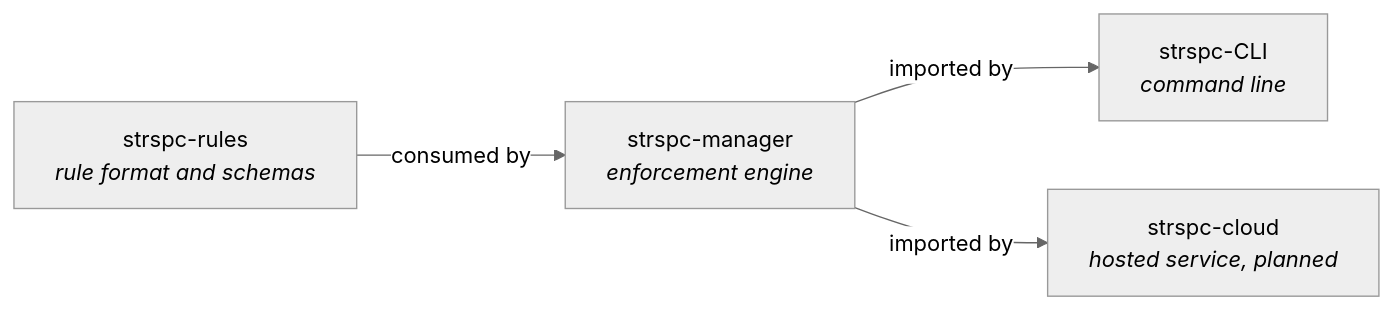
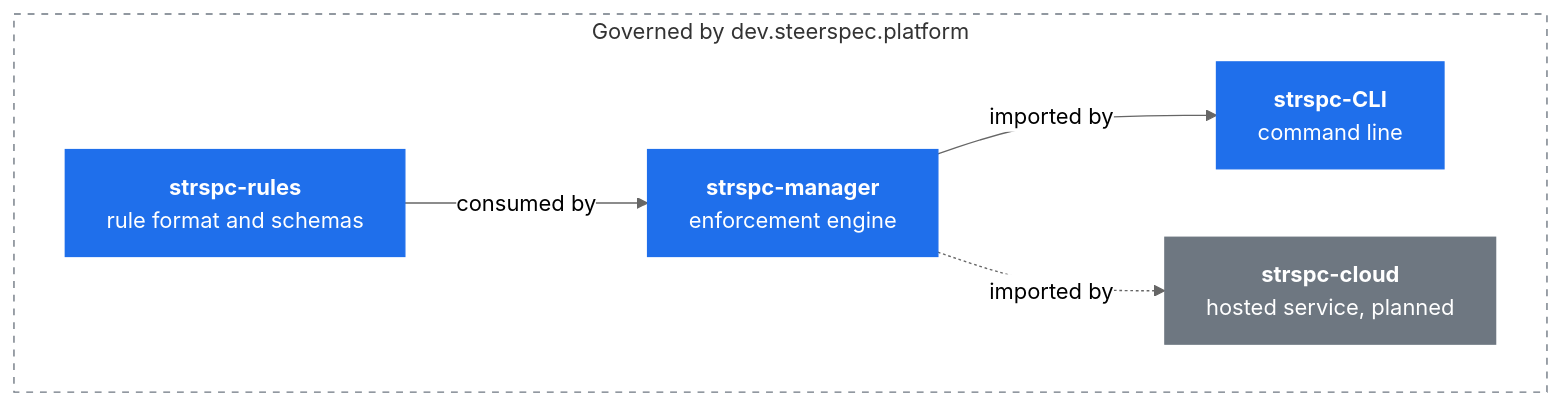
The first of 2 diagrams in README.md (SteerSpec/strspc-spec), drawn with Mermaid (neutral theme) before and after one commit. The commit also changed other lines of this file, not shown here.

First line of the commit message:
docs: give the README a centered header and styled diagrams

````diff
--- a/README.md
+++ b/README.md
@@ -15,11 +22,20 @@
 ```mermaid
 flowchart LR
-    R["strspc-rules<br/><i>rule format and schemas</i>"]
-    M["strspc-manager<br/><i>enforcement engine</i>"]
-    C["strspc-CLI<br/><i>command line</i>"]
-    K["strspc-cloud<br/><i>hosted service, planned</i>"]
+    subgraph platform["Governed by dev.steerspec.platform"]
+        direction LR
+        R["<b>strspc-rules</b><br/>rule format and schemas"]
+        M["<b>strspc-manager</b><br/>enforcement engine"]
+        C["<b>strspc-CLI</b><br/>command line"]
+        K["<b>strspc-cloud</b><br/>hosted service, planned"]
 
-    R -->|consumed by| M
-    M -->|imported by| C
-    M -->|imported by| K
+        R -->|consumed by| M
+        M -->|imported by| C
+        M -.->|imported by| K
+    end
+
+    classDef shipped fill:#1f6feb,stroke:#1f6feb,color:#ffffff
+    classDef planned fill:#6e7781,stroke:#6e7781,color:#ffffff
+    class R,M,C shipped
+    class K planned
+    style platform fill:transparent,stroke:#6e7781,stroke-dasharray:5 5
 ```
````
